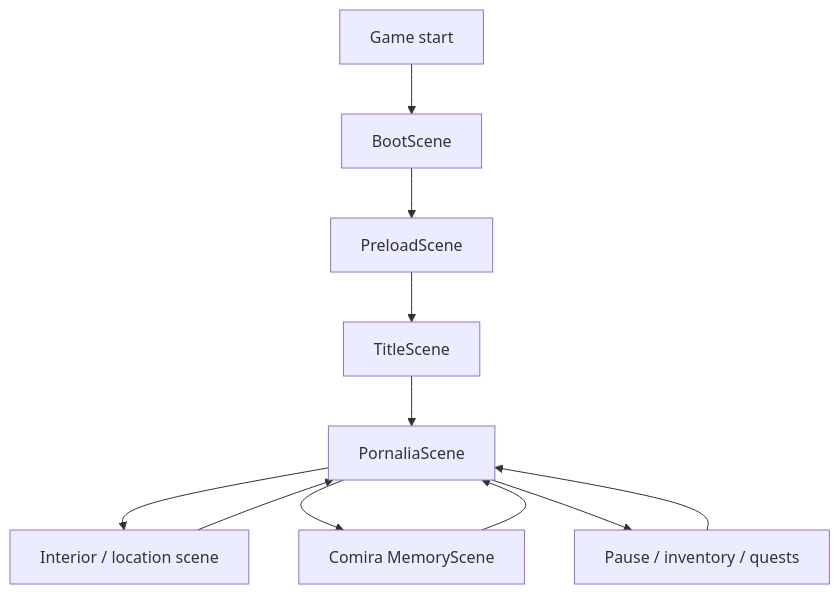
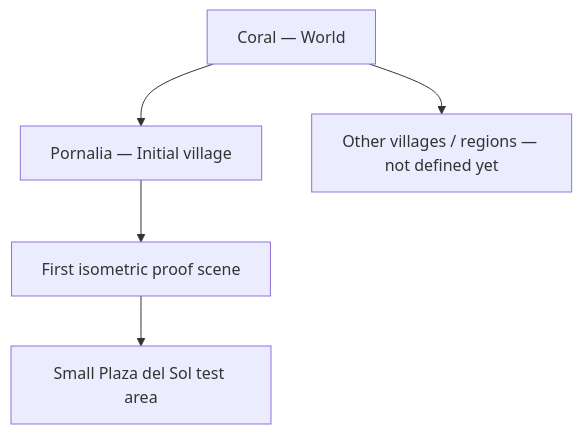
The first of 2 diagrams in README.md (altairrojas/the-legend-of-comira), drawn with Mermaid before and after one commit. The commit also changed other lines of this file, not shown here.

Commit message:
docs: define Coral world and Pornalia as initial village

````diff
--- a/README.md
+++ b/README.md
@@ -158,13 +15,7 @@
 ```mermaid
 graph TD;
-    Start["Game start"] --> Boot["BootScene"];
-    Boot --> Preload["PreloadScene"];
-    Preload --> Title["TitleScene"];
-    Title --> Pornalia["PornaliaScene"];
-    Pornalia --> Interior["Interior / location scene"];
-    Interior --> Pornalia;
-    Pornalia --> Memory["Comira MemoryScene"];
-    Memory --> Pornalia;
-    Pornalia --> Pause["Pause / inventory / quests"];
-    Pause --> Pornalia;
+    Coral["Coral — World"] --> Pornalia["Pornalia — Initial village"];
+    Coral --> Future["Other villages / regions — not defined yet"];
+    Pornalia --> Proof["First isometric proof scene"];
+    Proof --> Plaza["Small Plaza del Sol test area"];
 ```
````
